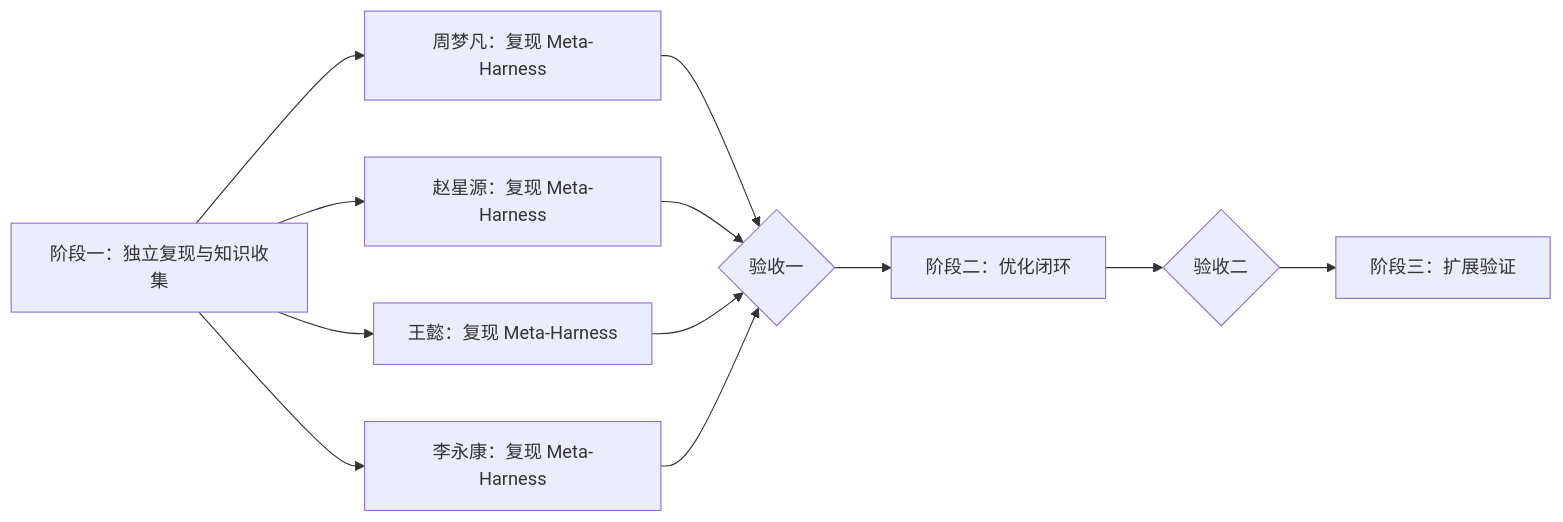
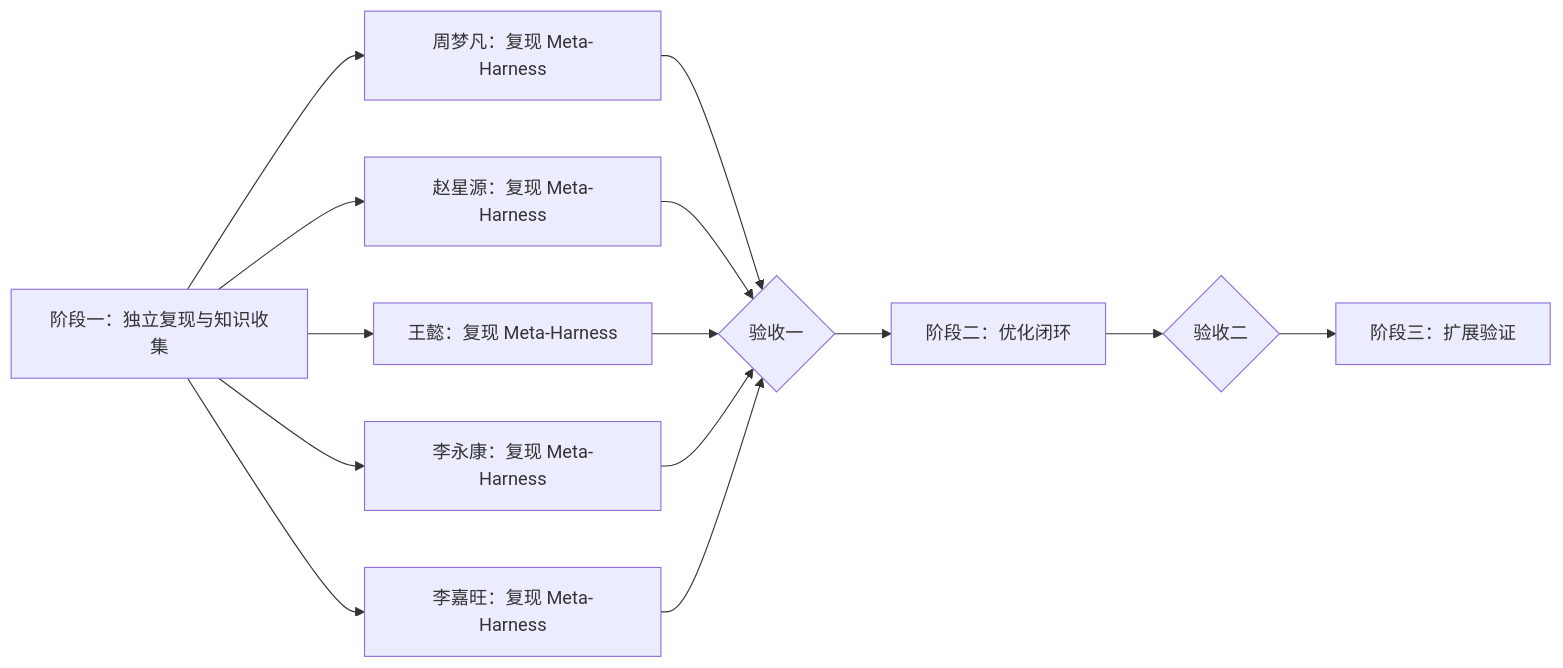
One commit to estreallaxy/knowledge-guided-harness-evolution changed the diagram in docs/team-execution-plan.md. Above: the diagram before and after it, drawn with Mermaid. The commit also changed other lines of this file and 113 other files, not shown here.

````diff
--- a/docs/team-execution-plan.md
+++ b/docs/team-execution-plan.md
@@ -5,14 +5,16 @@
 ```mermaid
 flowchart LR
     A[阶段一：独立复现与知识收集] --> A1[周梦凡：复现 Meta-Harness]
     A --> A2[赵星源：复现 Meta-Harness]
     A --> A3[王懿：复现 Meta-Harness]
     A --> A4[李永康：复现 Meta-Harness]
+    A --> A5[李嘉旺：复现 Meta-Harness]
     A1 --> B{验收一}
     A2 --> B
     A3 --> B
     A4 --> B
+    A5 --> B
     B --> C[阶段二：优化闭环]
     C --> D{验收二}
     D --> E[阶段三：扩展验证]
 ```
````
